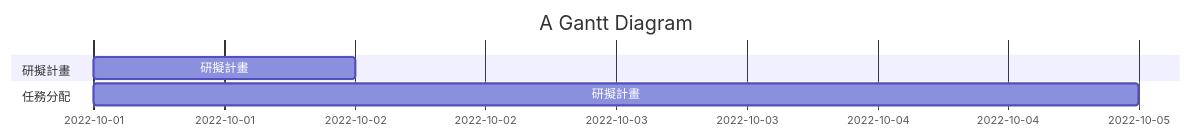
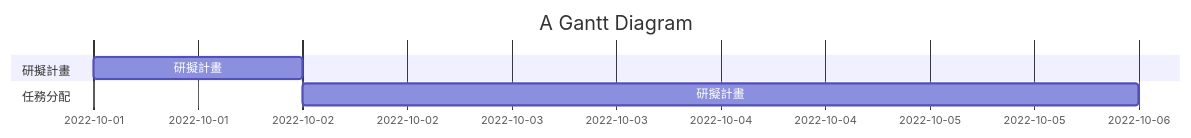
Before and after one commit to YuenHoYeung/2022-3a: the diagram in hw2.md, drawn with Mermaid.

````diff
--- a/hw2.md
+++ b/hw2.md
@@ -2,10 +2,10 @@
 ```mermaid
 gantt
     title A Gantt Diagram
 
     section 研擬計畫 
     研擬計畫          :a1, 2022-10-01, 1d
     section 任務分配
-    研擬計畫          :2022-10-01  , 4d
+    研擬計畫          :2022-10-02  , 4d
   
 ```
````
